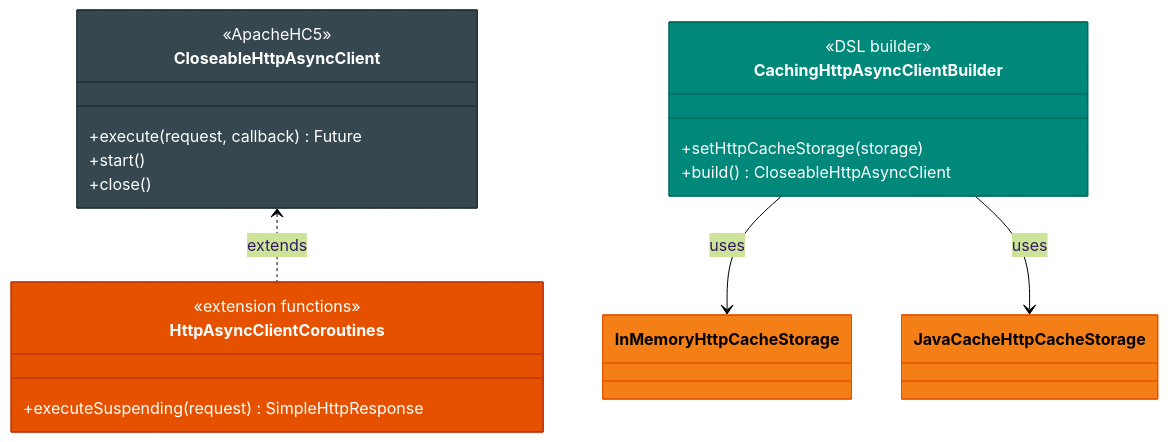
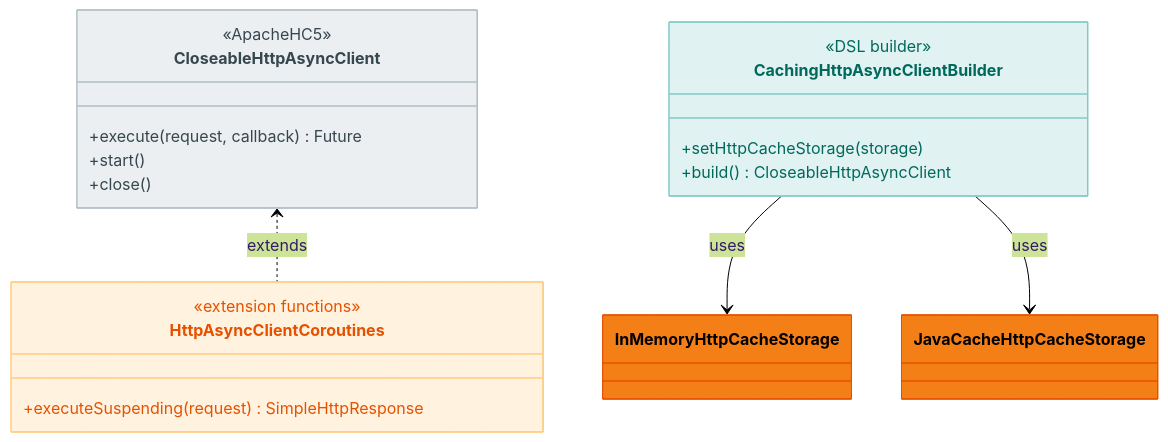
The second of 4 diagrams in io/http/README.md (bluetape4k/bluetape4k-projects), drawn with Mermaid (forest theme) before and after one commit. The commit also changed other lines of this file and 219 other files, not shown here.

First line of the commit message:
docs: 전체 README Mermaid 다이어그램 가이드 적용

````diff
--- a/io/http/README.md
+++ b/io/http/README.md
@@ -67,30 +67,30 @@
 ```mermaid
 classDiagram
     class CloseableHttpAsyncClient {
         <<ApacheHC5>>
         +execute(request, callback) Future
         +start()
         +close()
     }
 
     class HttpAsyncClientCoroutines {
         <<extension functions>>
         +executeSuspending(request) SimpleHttpResponse
     }
 
     class CachingHttpAsyncClientBuilder {
         <<DSL builder>>
         +setHttpCacheStorage(storage)
         +build() CloseableHttpAsyncClient
     }
 
     CachingHttpAsyncClientBuilder --> InMemoryHttpCacheStorage : uses
     CachingHttpAsyncClientBuilder --> JavaCacheHttpCacheStorage : uses
     CloseableHttpAsyncClient <.. HttpAsyncClientCoroutines : extends
 
-    style CloseableHttpAsyncClient fill:#37474F,stroke:#263238,color:#FFFFFF
-    style HttpAsyncClientCoroutines fill:#E65100,stroke:#BF360C,color:#FFFFFF
-    style CachingHttpAsyncClientBuilder fill:#00897B,stroke:#00695C,color:#FFFFFF
+    style CloseableHttpAsyncClient fill:#ECEFF1,stroke:#B0BEC5,color:#37474F
+    style HttpAsyncClientCoroutines fill:#FFF3E0,stroke:#FFCC80,color:#E65100
+    style CachingHttpAsyncClientBuilder fill:#E0F2F1,stroke:#80CBC4,color:#00695C
     style InMemoryHttpCacheStorage fill:#F57F17,stroke:#E65100,color:#000000
     style JavaCacheHttpCacheStorage fill:#F57F17,stroke:#E65100,color:#000000
 ```
````
